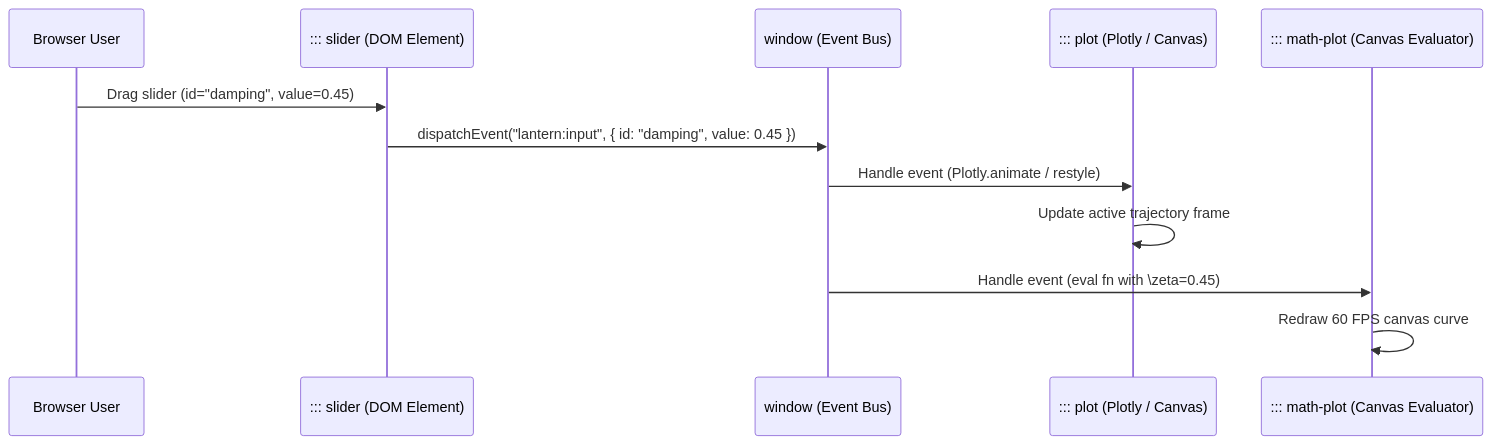
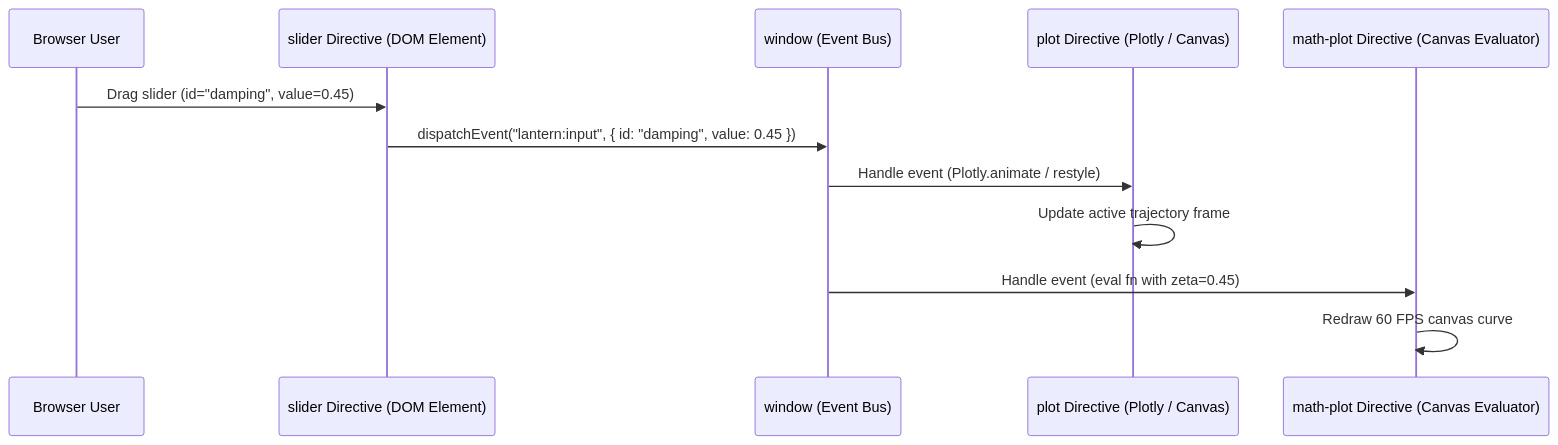
One commit to SpanishSyntax/Lantern changed the second of 2 diagrams in docs/architecture.md. Above: the diagram before and after it, drawn with Mermaid. The commit also changed other lines of this file and 1 other file, not shown here.

Commit message:
fix(docs): use safe DOM textContent Mermaid rendering and sanitize diagram labels

````diff
--- a/docs/architecture.md
+++ b/docs/architecture.md
@@ -66,17 +66,17 @@
 ```mermaid
 sequenceDiagram
     participant User as Browser User
-    participant Slider as ::: slider (DOM Element)
+    participant Slider as slider Directive (DOM Element)
     participant Bus as window (Event Bus)
-    participant Plot as ::: plot (Plotly / Canvas)
-    participant Math as ::: math-plot (Canvas Evaluator)
+    participant Plot as plot Directive (Plotly / Canvas)
+    participant Math as math-plot Directive (Canvas Evaluator)
 
     User->>Slider: Drag slider (id="damping", value=0.45)
     Slider->>Bus: dispatchEvent("lantern:input", { id: "damping", value: 0.45 })
     
     Bus->>Plot: Handle event (Plotly.animate / restyle)
     Plot->>Plot: Update active trajectory frame
     
-    Bus->>Math: Handle event (eval fn with \zeta=0.45)
+    Bus->>Math: Handle event (eval fn with zeta=0.45)
     Math->>Math: Redraw 60 FPS canvas curve
 ```
````
